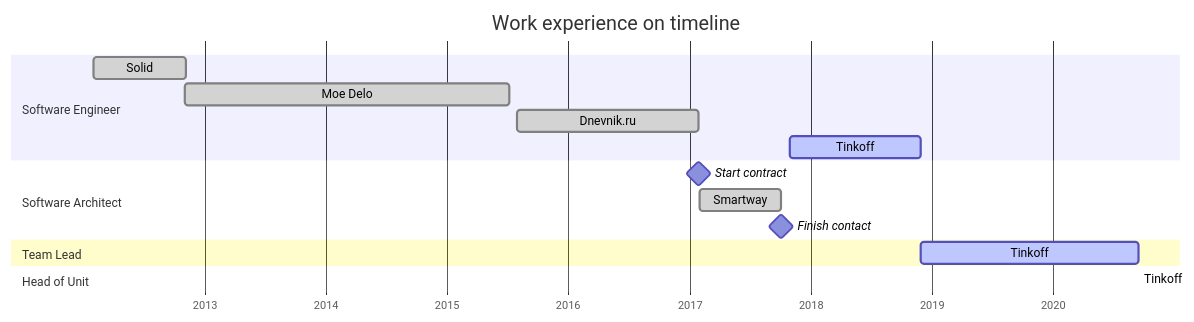
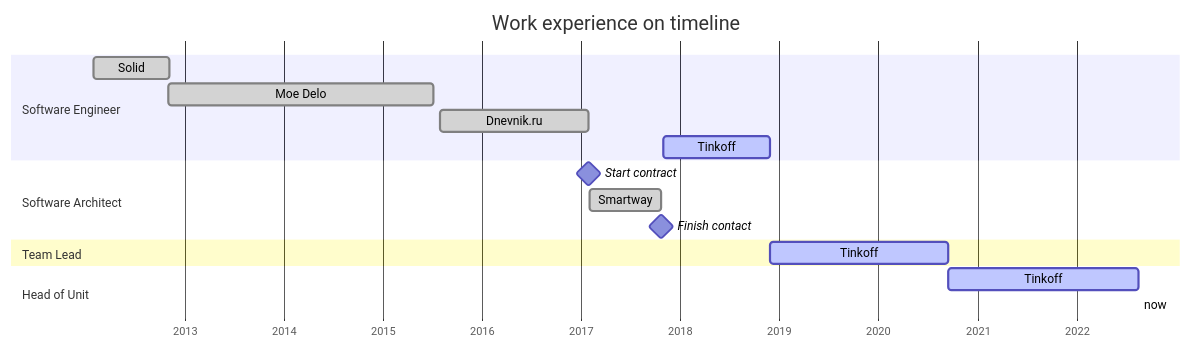
One commit to mchechulnikov/cv changed the diagram in en.md. Above: the diagram before and after it, drawn with Mermaid. The commit also changed other lines of this file, not shown here.

````diff
--- a/en.md
+++ b/en.md
@@ -26,23 +26,25 @@
 ```mermaid
 gantt
     title Work experience on timeline
     dateFormat  YYYY-MM
     axisFormat  %Y
+    todayMarker stroke-width:5px, opacity:0.75
     
     section Software Engineer
     Solid       :done, sd, 2012-02, 40w
     Moe Delo    :done, md, 2012-11, 140w
     Dnevnik.ru  :done, dn, 2015-08, 78w
     Tinkoff     :active, tfsde, 2017-11, 56w
     
     section Software Architect
     Start contract: milestone, contract, after dn, 1s
-    Smartway    :done, sw, 2017-02, 35w
+    Smartway    :done, sw, 2017-02, 38w
     Finish contact: milestone, contract, after sw, 1s
     
     section Team Lead
     Tinkoff     :active, tftl, after tfsde, 94w
     
     section Head of Unit
-    Tinkoff     :active, tf, after tftl, 
+    Tinkoff     :active, tf, after tftl, 100w
+    now         :now
 ```
````
